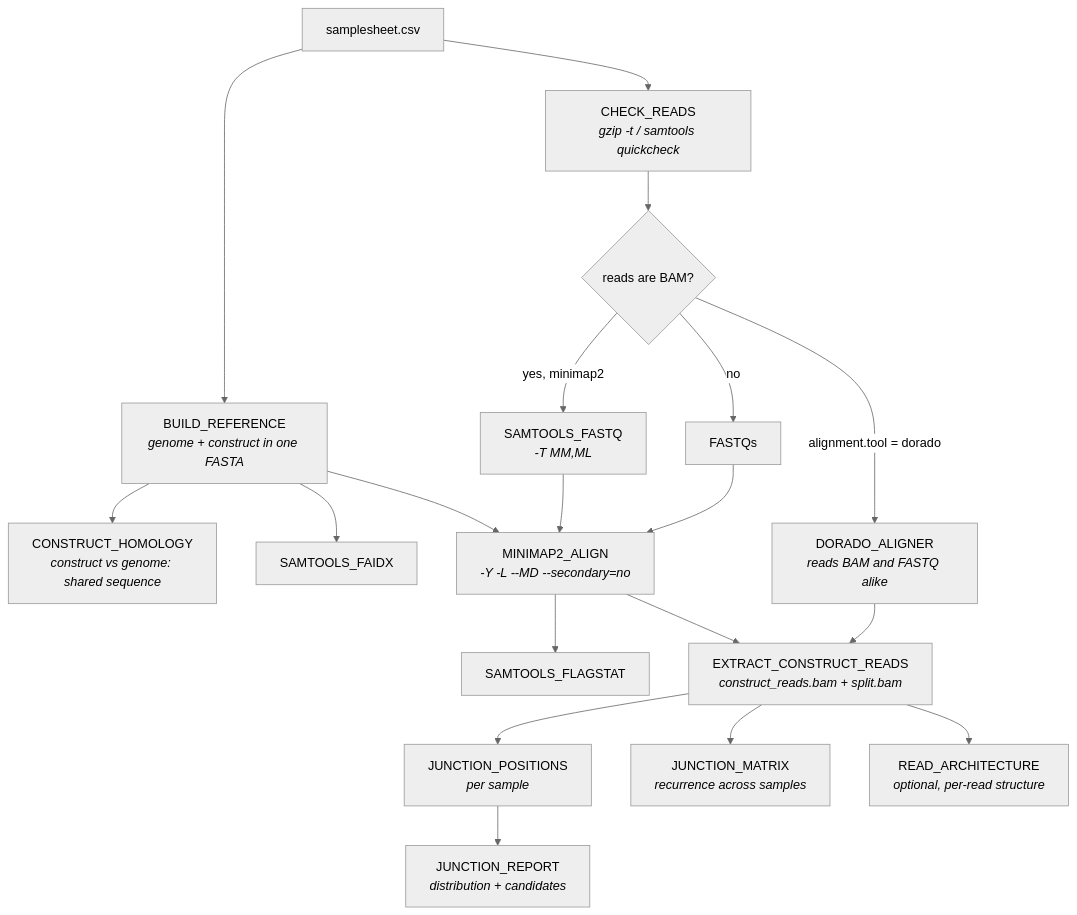
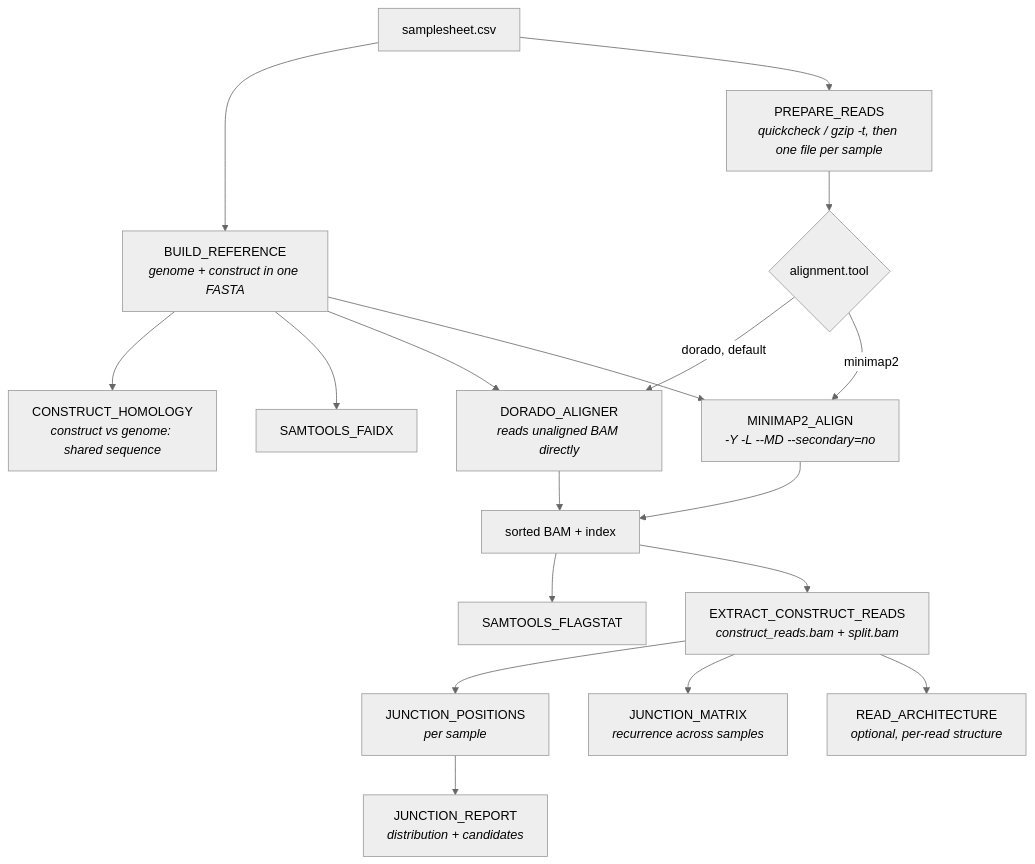
The diagram in README.md (EIT-GBI/nf-linear-replicon), drawn with Mermaid (neutral theme) before and after one commit. The commit also changed other lines of this file and 12 other files, not shown here.

Commit message:
changed default to dorado, fixed samplesheet ingestion

````diff
--- a/README.md
+++ b/README.md
@@ -18,23 +18,22 @@
 ```mermaid
 flowchart TD
     A[samplesheet.csv] --> B[BUILD_REFERENCE<br/><i>genome + construct in one FASTA</i>]
-    A --> C[CHECK_READS<br/><i>gzip -t / samtools quickcheck</i>]
+    A --> C[PREPARE_READS<br/><i>quickcheck / gzip -t, then one file per sample</i>]
     B --> D[CONSTRUCT_HOMOLOGY<br/><i>construct vs genome: shared sequence</i>]
     B --> E[SAMTOOLS_FAIDX]
 
-    C --> F{reads are BAM?}
-    F -->|yes, minimap2| G[SAMTOOLS_FASTQ<br/><i>-T MM,ML</i>]
-    F -->|no| H[FASTQs]
-    G --> I
+    C --> F{alignment.tool}
+    F -->|dorado, default| G[DORADO_ALIGNER<br/><i>reads unaligned BAM directly</i>]
+    F -->|minimap2| H[MINIMAP2_ALIGN<br/><i>-Y -L --MD --secondary=no</i>]
+    B --> G
+    B --> H
+
+    G --> I[sorted BAM + index]
     H --> I
-    B --> I[MINIMAP2_ALIGN<br/><i>-Y -L --MD --secondary=no</i>]
-    F -->|alignment.tool = dorado| I2[DORADO_ALIGNER<br/><i>reads BAM and FASTQ alike</i>]
-
     I --> J[SAMTOOLS_FLAGSTAT]
     I --> K[EXTRACT_CONSTRUCT_READS<br/><i>construct_reads.bam + split.bam</i>]
-    I2 --> K
     K --> L[JUNCTION_POSITIONS<br/><i>per sample</i>]
     L --> M[JUNCTION_REPORT<br/><i>distribution + candidates</i>]
     K --> N[JUNCTION_MATRIX<br/><i>recurrence across samples</i>]
     K --> O[READ_ARCHITECTURE<br/><i>optional, per-read structure</i>]
 ```
````
